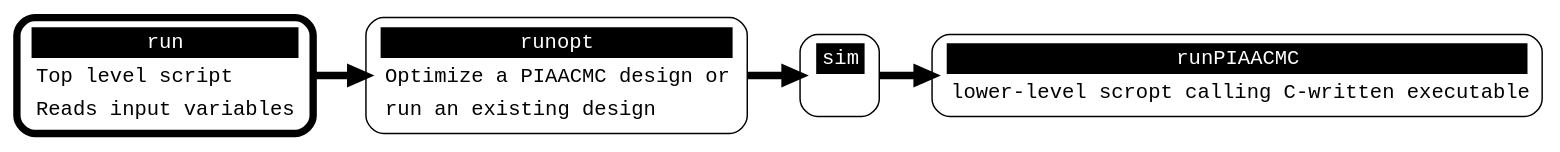
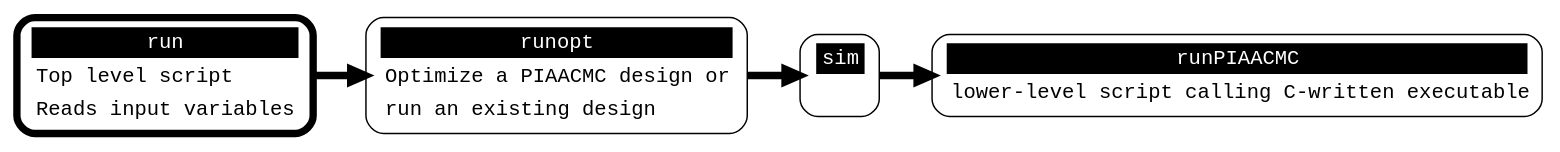
The diagram in src/PIAACMCsimul/doc/figures/scripts_flow.dot (oguyon/Cfits), drawn with Graphviz before and after one commit. The commit also changed 11 other files, not shown here.

```diff
--- a/src/PIAACMCsimul/doc/figures/scripts_flow.dot
+++ b/src/PIAACMCsimul/doc/figures/scripts_flow.dot
@@ -1,33 +1,33 @@
 
 digraph scripts_flow {
   graph [fontsize=30 labelloc="t" label="" splines=true overlap=false rankdir = "LR"];
   ratio = auto;
   
   "run" [ style = "filled, bold" penwidth = 5 fillcolor = "white" fontname = "Courier New" shape = "Mrecord" 
   label =<<table border="0" cellborder="0" cellpadding="3" bgcolor="white"><tr><td bgcolor="black" align="center" colspan="2"><font color="white">run</font></td></tr>
   <tr><td align="left">Top level script</td></tr>
   <tr><td align="left">Reads input variables</td></tr>
   </table>> ];
   
   "runopt" [ style = "filled" penwidth = 1 fillcolor = "white" fontname = "Courier New" shape = "Mrecord" 
   label =<<table border="0" cellborder="0" cellpadding="3" bgcolor="white"><tr><td bgcolor="black" align="center" colspan="2"><font color="white">runopt</font></td></tr>
   <tr><td align="left">Optimize a PIAACMC design or</td></tr>
   <tr><td align="left"> run an existing design</td></tr>
   </table>> ];
 
   "sim" [ style = "filled" penwidth = 1 fillcolor = "white" fontname = "Courier New" shape = "Mrecord" 
   label =<<table border="0" cellborder="0" cellpadding="3" bgcolor="white"><tr><td bgcolor="black" align="center" colspan="2"><font color="white">sim</font></td></tr>
   <tr><td align="left"> </td></tr>
   </table>> ];
 
   "runPIAACMC" [ style = "filled" penwidth = 1 fillcolor = "white" fontname = "Courier New" shape = "Mrecord" 
   label =<<table border="0" cellborder="0" cellpadding="3" bgcolor="white"><tr><td bgcolor="black" align="center" colspan="2"><font color="white">runPIAACMC</font></td></tr>
-  <tr><td align="left">lower-level scropt calling C-written executable</td></tr>
+  <tr><td align="left">lower-level script calling C-written executable</td></tr>
   </table>> ];
 
 
   
   run-> runopt [ penwidth = 5 fontsize = 28 fontcolor = "black" label = "" ];
   runopt -> sim [ penwidth = 5 fontsize = 28 fontcolor = "black" label = "" ];
   sim -> runPIAACMC [ penwidth = 5 fontsize = 28 fontcolor = "black" label = "" ];
 }
```
